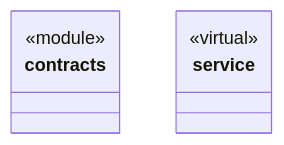
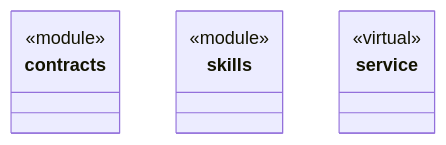
The diagram in src/logic/feedback/ARCHITECTURE.md (nan023062/cbim), drawn with Mermaid before and after one commit. The commit also changed other lines of this file and 212 other files, not shown here.

````diff
--- a/src/logic/feedback/ARCHITECTURE.md
+++ b/src/logic/feedback/ARCHITECTURE.md
@@ -21,11 +22,15 @@
 ```mermaid
 classDiagram
 class N_5a99d71c9101["contracts"] {
   <<module>>
 }
 click N_5a99d71c9101 href "contracts.ts"
+class N_8cdab2bb9b20["skills"] {
+  <<module>>
+}
+click N_8cdab2bb9b20 href "skills.ts"
 class N_42298f81f22c["service"] {
   <<virtual>>
 }
 click N_42298f81f22c href "service/ARCHITECTURE.md"
 ```
````
